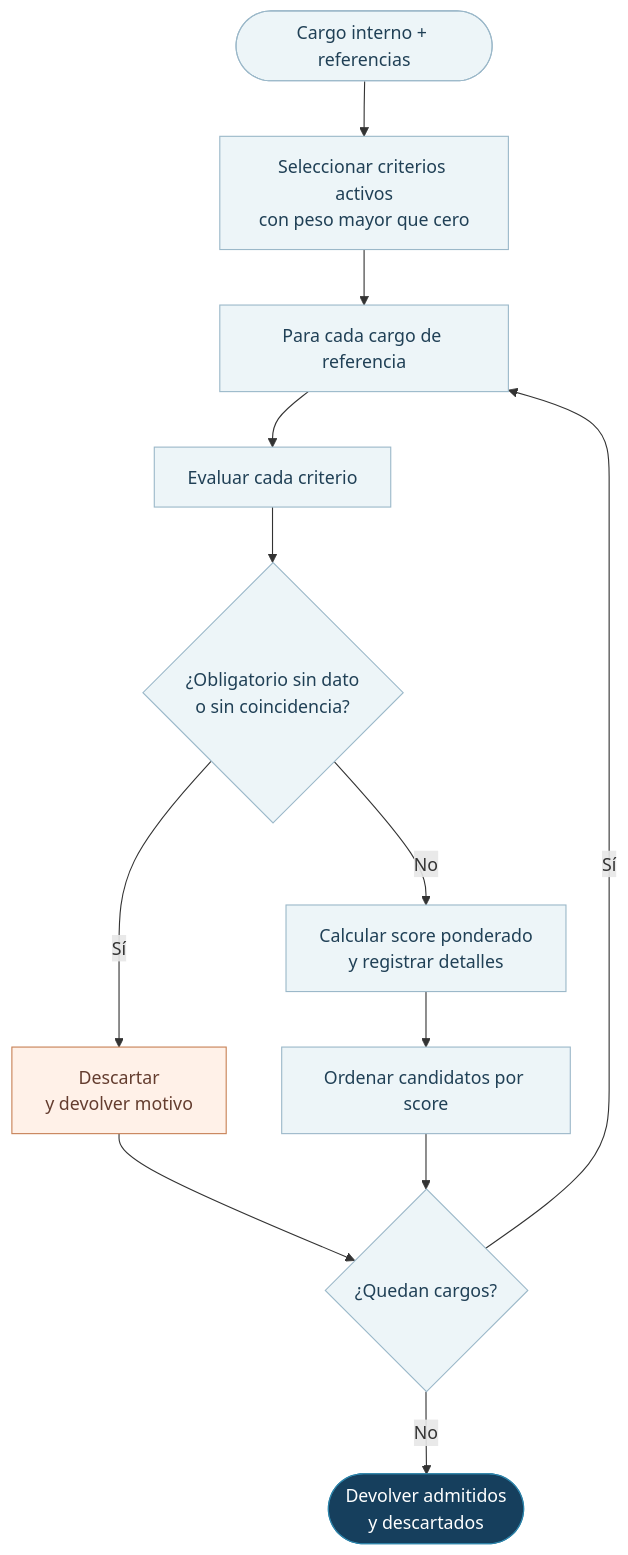
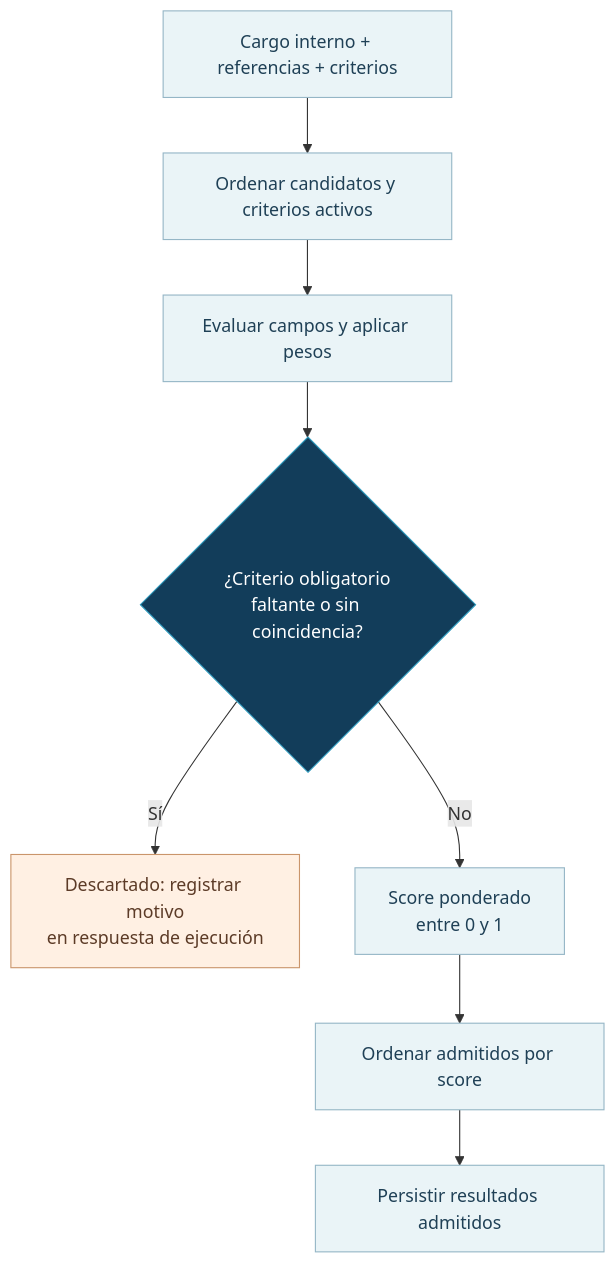
One commit to NicoCG32/Espejo-Homologa changed the diagram in docs/tecnica/03-motor-deterministico.md. Above: the diagram before and after it, drawn with Mermaid. The commit also changed other lines of this file and 21 other files, not shown here.

````diff
--- a/docs/tecnica/03-motor-deterministico.md
+++ b/docs/tecnica/03-motor-deterministico.md
@@ -27,20 +30,16 @@
 ```mermaid
 flowchart TD
-  A([Cargo interno + referencias]) --> B[Seleccionar criterios activos<br/>con peso mayor que cero]
-  B --> C[Para cada cargo de referencia]
-  C --> D[Evaluar cada criterio]
-  D --> E{¿Obligatorio sin dato<br/>o sin coincidencia?}
-  E -->|Sí| F[Descartar<br/>y devolver motivo]
-  E -->|No| G[Calcular score ponderado<br/>y registrar detalles]
-  G --> H[Ordenar candidatos por score]
-  F --> I{¿Quedan cargos?}
-  H --> I
-  I -->|Sí| C
-  I -->|No| J([Devolver admitidos<br/>y descartados])
-  classDef normal fill:#EDF5F8,stroke:#9BB8C9,color:#204056;
-  classDef fail fill:#FFF1E8,stroke:#C78055,color:#643D2F;
-  classDef done fill:#163F5D,stroke:#2D83A9,color:#fff;
-  class A,B,C,D,E,G,H,I normal;
-  class F fail;
-  class J done;
+  A["Cargo interno + referencias + criterios"] --> B["Ordenar candidatos y criterios activos"]
+  B --> C["Evaluar campos y aplicar pesos"]
+  C --> D{"¿Criterio obligatorio<br/>faltante o sin coincidencia?"}
+  D -->|Sí| E["Descartado: registrar motivo<br/>en respuesta de ejecución"]
+  D -->|No| F["Score ponderado<br/>entre 0 y 1"]
+  F --> G["Ordenar admitidos por score"]
+  G --> H["Persistir resultados admitidos"]
+  classDef core fill:#123D5A,stroke:#2E9ABD,color:#FFFFFF;
+  classDef light fill:#EAF4F7,stroke:#95B6C6,color:#1F4056;
+  classDef warn fill:#FFF0E3,stroke:#CA956B,color:#5C3B27;
+  class A,B,C,F,G,H light;
+  class D core;
+  class E warn;
 ```
````
